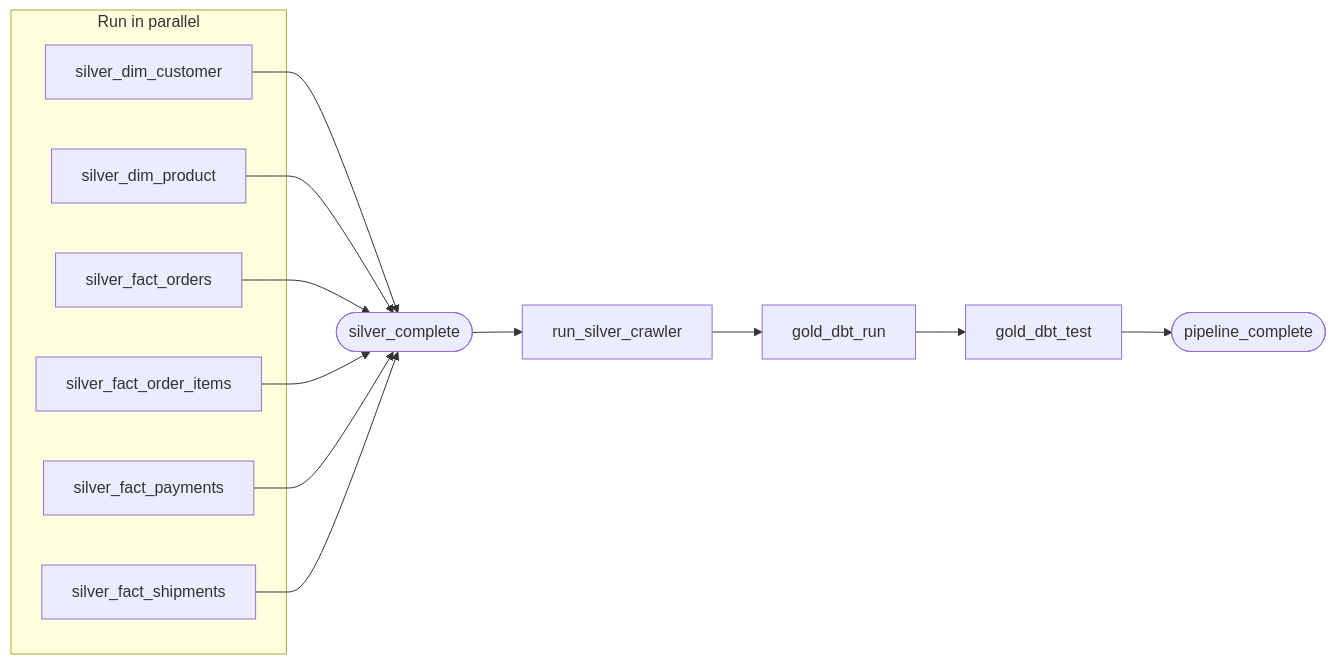
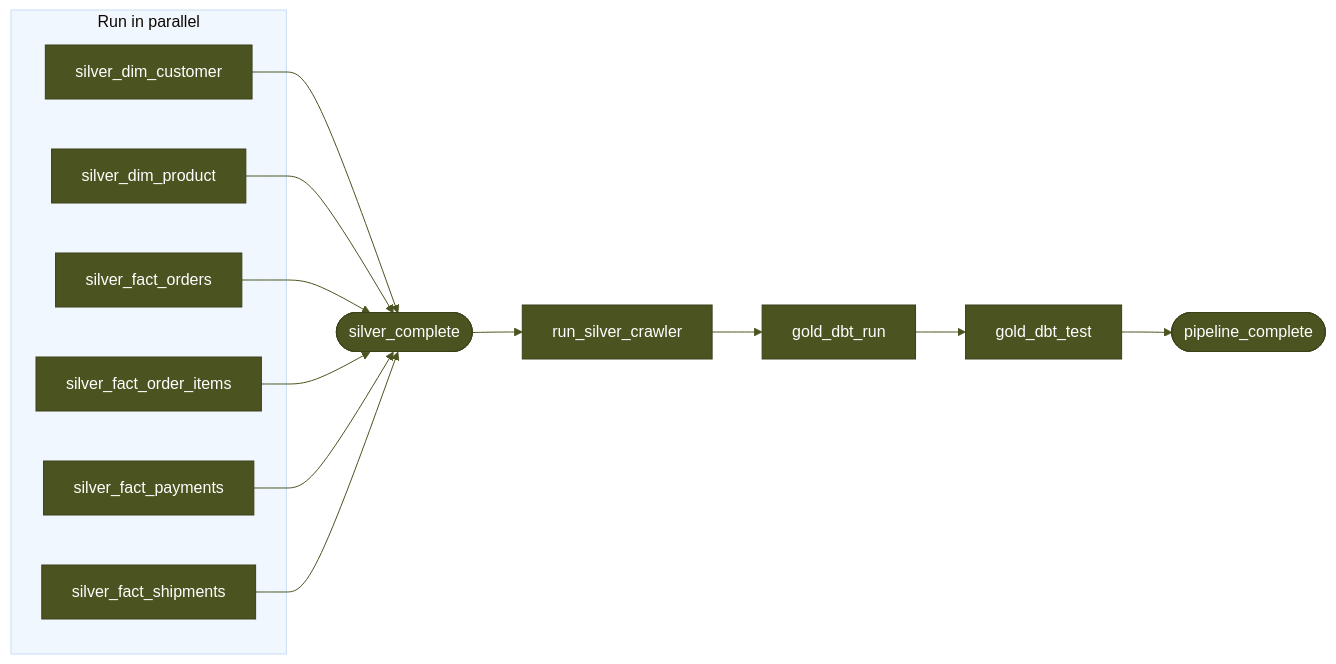
The diagram in README.md (enterprise-data-platform-emeka/platform-orchestration-mwaa-airflow), drawn with Mermaid before and after one commit. The commit also changed other lines of this file, not shown here.

Commit message:
Docs: add Step Functions orchestrator note and apply brand colors to Mermaid diagram

````diff
--- a/README.md
+++ b/README.md
@@ -131,17 +135,18 @@
 ```mermaid
+%%{init: {'theme': 'base', 'themeVariables': {'primaryColor': '#4B5320', 'primaryTextColor': '#ffffff', 'primaryBorderColor': '#3a4118', 'lineColor': '#4B5320', 'secondaryColor': '#F0F7FF', 'tertiaryColor': '#F0F7FF', 'background': '#ffffff', 'clusterBkg': '#F0F7FF', 'edgeLabelBackground': '#ffffff'}}}%%
 flowchart LR
     subgraph par["Run in parallel"]
         SC[silver_dim_customer]
         SP[silver_dim_product]
         SO[silver_fact_orders]
         SOI[silver_fact_order_items]
         SPAY[silver_fact_payments]
         SSHIP[silver_fact_shipments]
     end
 
     SC & SP & SO & SOI & SPAY & SSHIP --> J([silver_complete])
     J --> C[run_silver_crawler]
     C --> R[gold_dbt_run]
     R --> T[gold_dbt_test]
     T --> PC([pipeline_complete])
 ```
````
